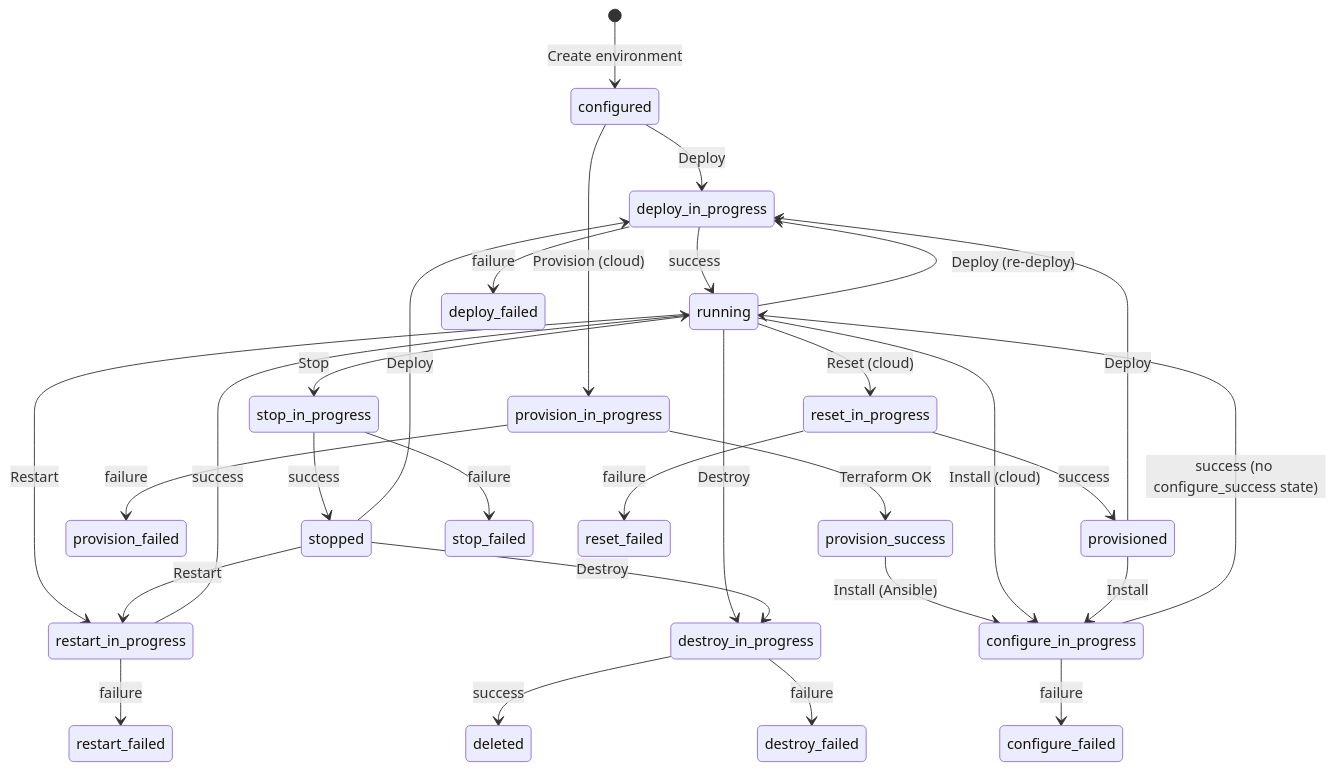
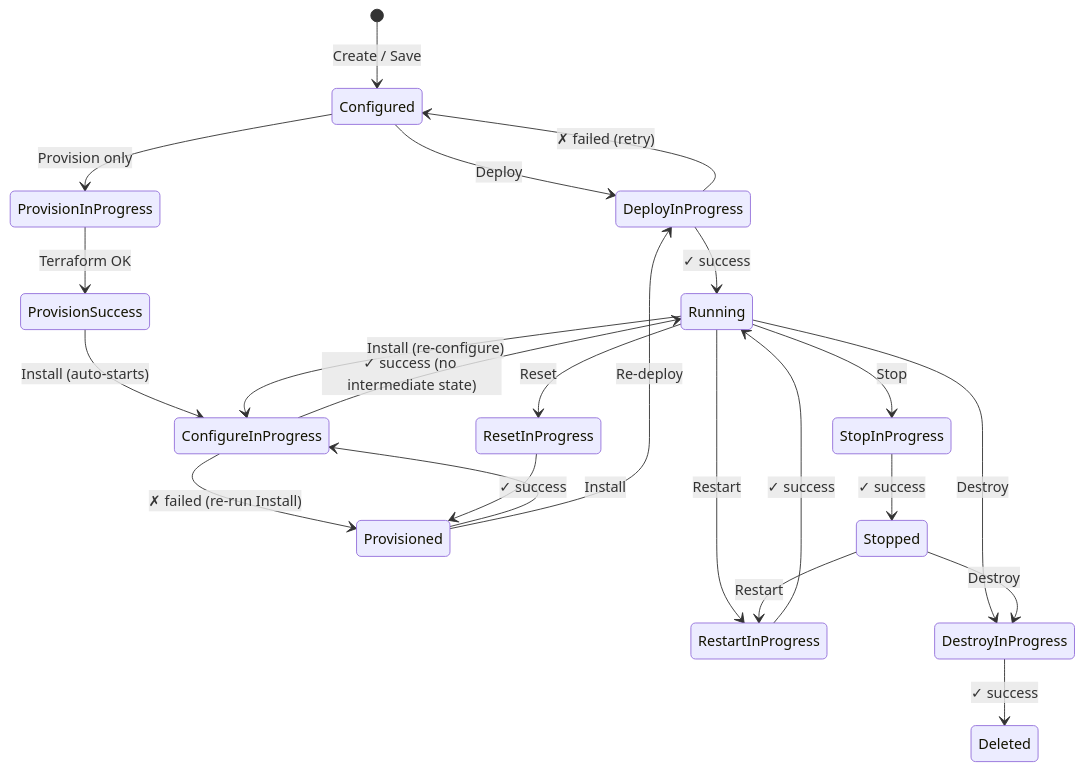
The second of 2 diagrams in ui-go/README.md (percona/mongo_terraform_ansible), drawn with Mermaid before and after one commit. The commit also changed other lines of this file and 13 other files, not shown here.

````diff
--- a/ui-go/README.md
+++ b/ui-go/README.md
@@ -26,44 +53,33 @@
 ```mermaid
 stateDiagram-v2
-    [*]                    --> configured              : Create environment
+    [*]                  --> Configured            : Create / Save
 
-    configured             --> deploy_in_progress      : Deploy
-    configured             --> provision_in_progress   : Provision (cloud)
+    Configured           --> DeployInProgress      : Deploy
+    Configured           --> ProvisionInProgress   : Provision only
 
-    deploy_in_progress     --> running                 : success
-    deploy_in_progress     --> deploy_failed           : failure
+    DeployInProgress     --> Running               : ✓ success
+    DeployInProgress     --> Configured            : ✗ failed (retry)
 
-    provision_in_progress  --> provision_success       : Terraform OK
-    provision_in_progress  --> provision_failed        : failure
+    ProvisionInProgress  --> ProvisionSuccess      : Terraform OK
+    ProvisionSuccess     --> ConfigureInProgress   : Install (auto-starts)
 
-    provision_success      --> configure_in_progress   : Install (Ansible)
+    ConfigureInProgress  --> Running               : ✓ success (no intermediate state)
+    ConfigureInProgress  --> Provisioned           : ✗ failed (re-run Install)
 
-    configure_in_progress  --> running                 : success (no configure_success state)
-    configure_in_progress  --> configure_failed        : failure
+    Provisioned          --> ConfigureInProgress   : Install
+    Provisioned          --> DeployInProgress      : Re-deploy
 
-    running                --> stop_in_progress        : Stop
-    running                --> restart_in_progress     : Restart
-    running                --> deploy_in_progress      : Deploy (re-deploy)
-    running                --> configure_in_progress   : Install (cloud)
-    running                --> reset_in_progress       : Reset (cloud)
-    running                --> destroy_in_progress     : Destroy
+    Running              --> ConfigureInProgress   : Install (re-configure)
+    Running              --> ResetInProgress       : Reset
+    Running              --> StopInProgress        : Stop
+    Running              --> RestartInProgress     : Restart
+    Running              --> DestroyInProgress     : Destroy
 
-    stopped                --> restart_in_progress     : Restart
-    stopped                --> deploy_in_progress      : Deploy
-    stopped                --> destroy_in_progress     : Destroy
+    ResetInProgress      --> Provisioned           : ✓ success
+    StopInProgress       --> Stopped               : ✓ success
+    RestartInProgress    --> Running               : ✓ success
+    Stopped              --> RestartInProgress     : Restart
+    Stopped              --> DestroyInProgress     : Destroy
 
-    provisioned            --> configure_in_progress   : Install
-    provisioned            --> deploy_in_progress      : Deploy
-
-    stop_in_progress       --> stopped                 : success
-    stop_in_progress       --> stop_failed             : failure
-
-    restart_in_progress    --> running                 : success
-    restart_in_progress    --> restart_failed          : failure
-
-    reset_in_progress      --> provisioned             : success
-    reset_in_progress      --> reset_failed            : failure
-
-    destroy_in_progress    --> deleted                 : success
-    destroy_in_progress    --> destroy_failed          : failure
+    DestroyInProgress    --> Deleted               : ✓ success
 ```
````
